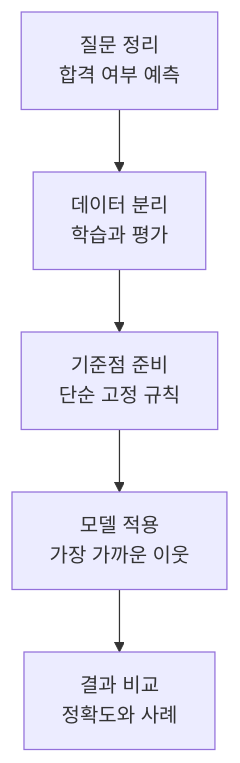
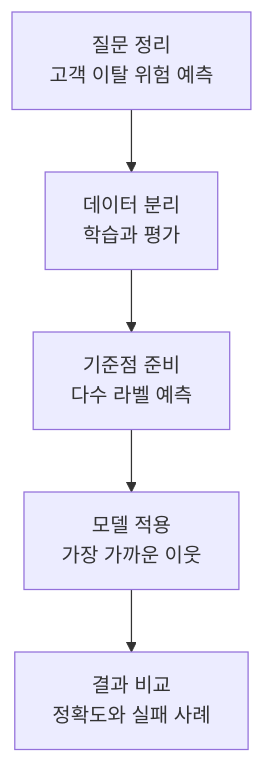
Before and after one commit to devchan64/AiBook: the diagram in docs/parts/part-07/chapter-02/section-01.md, drawn with Mermaid. The commit also changed other lines of this file and 136 other files, not shown here.

````diff
--- a/docs/parts/part-07/chapter-02/section-01.md
+++ b/docs/parts/part-07/chapter-02/section-01.md
@@ -45,10 +43,10 @@
 ```mermaid
 flowchart TD
-  A["질문 정리<br/>합격 여부 예측"]
+  A["질문 정리<br/>고객 이탈 위험 예측"]
   B["데이터 분리<br/>학습과 평가"]
-  C["기준점 준비<br/>단순 고정 규칙"]
+  C["기준점 준비<br/>다수 라벨 예측"]
   D["모델 적용<br/>가장 가까운 이웃"]
-  E["결과 비교<br/>정확도와 사례"]
+  E["결과 비교<br/>정확도와 실패 사례"]
 
   A --> B --> C --> D --> E
 ```
````
